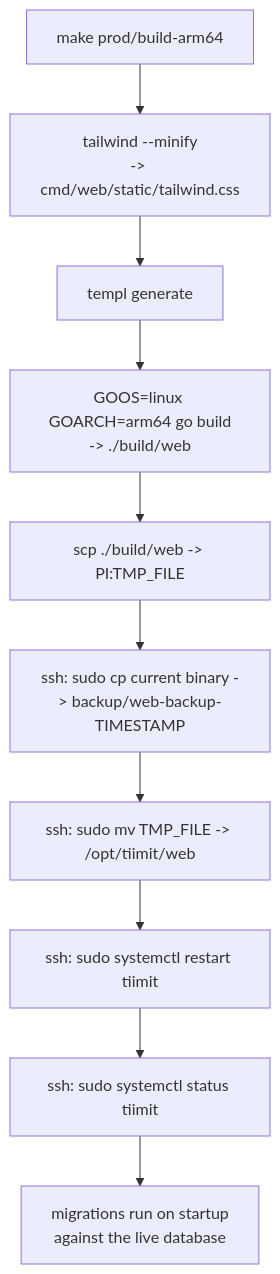
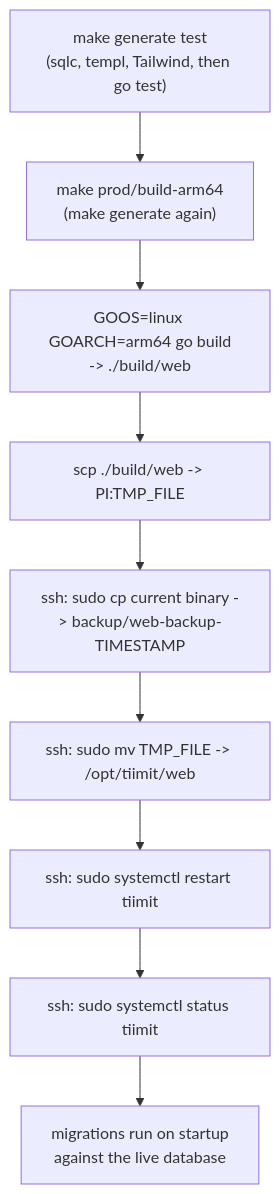
One commit to Zigelzi/go-tiimit changed the diagram in docs/deployment-guide.md. Above: the diagram before and after it, drawn with Mermaid. The commit also changed other lines of this file and 19 other files, not shown here.

````diff
--- a/docs/deployment-guide.md
+++ b/docs/deployment-guide.md
@@ -162,12 +162,11 @@
 ```mermaid
 flowchart TD
-    A["make prod/build-arm64"] --> B["tailwind --minify<br/>-> cmd/web/static/tailwind.css"]
-    B --> C["templ generate"]
-    C --> D["GOOS=linux GOARCH=arm64 go build<br/>-> ./build/web"]
+    T["make generate test<br/>(sqlc, templ, Tailwind, then go test)"] --> A["make prod/build-arm64<br/>(make generate again)"]
+    A --> D["GOOS=linux GOARCH=arm64 go build<br/>-> ./build/web"]
     D --> E["scp ./build/web -> PI:TMP_FILE"]
     E --> F["ssh: sudo cp current binary -> backup/web-backup-TIMESTAMP"]
     F --> G["ssh: sudo mv TMP_FILE -> /opt/tiimit/web"]
     G --> H["ssh: sudo systemctl restart tiimit"]
     H --> I["ssh: sudo systemctl status tiimit"]
     I --> J["migrations run on startup<br/>against the live database"]
 ```
````
